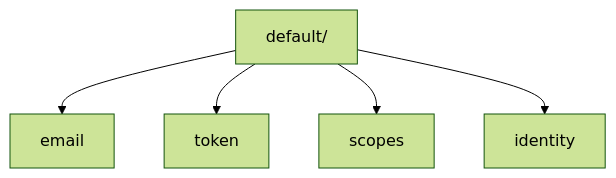
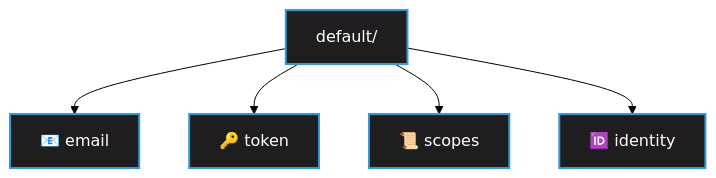
One commit to ashrithpeechara/infinity_learning changed the eighth of 13 diagrams in Cloud_Security/Compute Engine Intrusion/solution.md. Above: the diagram before and after it, drawn with Mermaid (forest theme). The commit also changed other lines of this file, not shown here.

````diff
--- a/Cloud_Security/Compute Engine Intrusion/solution.md
+++ b/Cloud_Security/Compute Engine Intrusion/solution.md
@@ -164,7 +198,9 @@
 ```mermaid
 flowchart TD
-    A[default/] --> B[email]
-    A --> C[token]
-    A --> D[scopes]
-    A --> E[identity]
+    A["default/"] --> B["📧 email"]
+    A --> C["🔑 token"]
+    A --> D["📜 scopes"]
+    A --> E["🆔 identity"]
+
+    classDef default fill:#1e1e1e,stroke:#3498db,color:#ffffff,stroke-width:2px;
 ```
````
